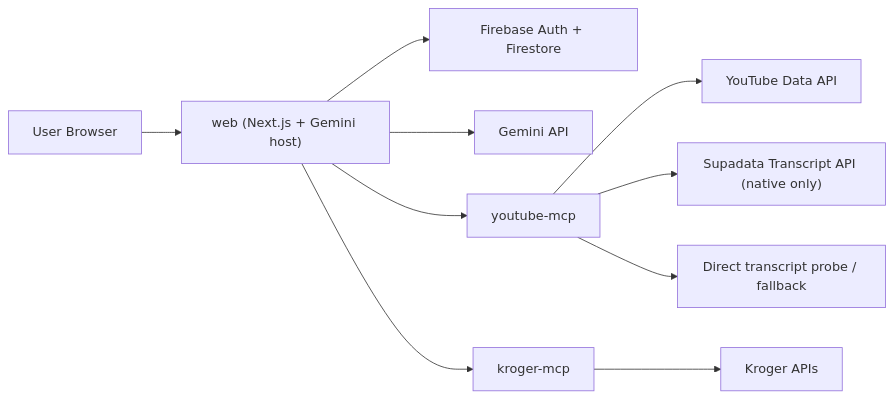
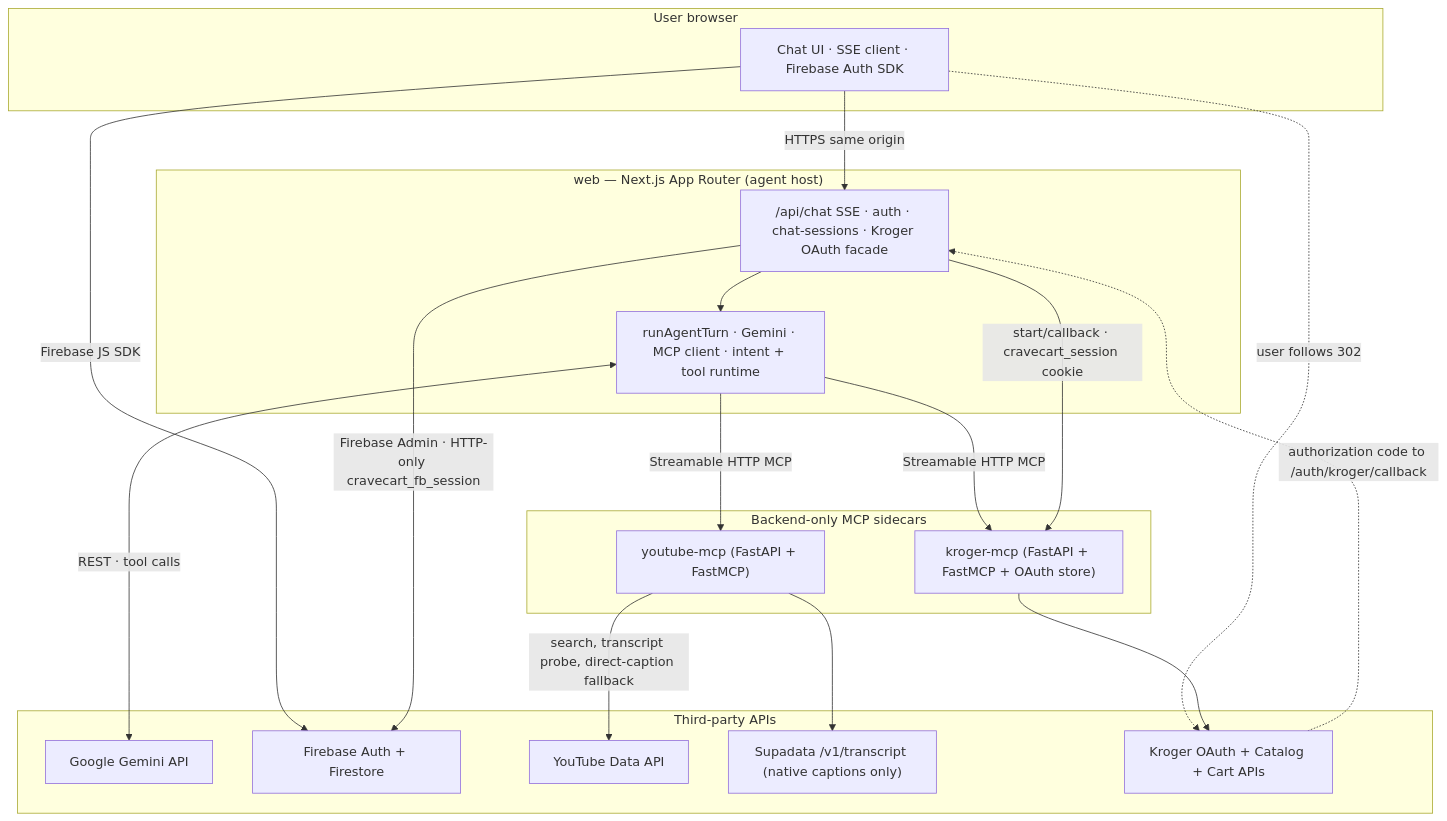
The first of 3 diagrams in ARCHITECTURE.md (MosheT01/CraveCart), drawn with Mermaid before and after one commit. The commit also changed other lines of this file, not shown here.

First line of the commit message:
docs(architecture): enhance system overview and runtime topology sections

````diff
--- a/ARCHITECTURE.md
+++ b/ARCHITECTURE.md
@@ -73,12 +79,38 @@
 ```mermaid
-flowchart LR
-    U["User Browser"] --> W["web (Next.js + Gemini host)"]
-    W --> FB["Firebase Auth + Firestore"]
-    W --> G["Gemini API"]
-    W --> YM["youtube-mcp"]
-    W --> KM["kroger-mcp"]
-    YM --> Y["YouTube Data API"]
-    YM --> S["Supadata Transcript API (native only)"]
-    YM --> T["Direct transcript probe / fallback"]
-    KM --> K["Kroger APIs"]
+flowchart TB
+  subgraph Browser["User browser"]
+    UI["Chat UI · SSE client · Firebase Auth SDK"]
+  end
+
+  subgraph Web["web — Next.js App Router (agent host)"]
+    Routes["/api/chat SSE · auth · chat-sessions · Kroger OAuth facade"]
+    Agent["runAgentTurn · Gemini · MCP client · intent + tool runtime"]
+  end
+
+  subgraph Sidecars["Backend-only MCP sidecars"]
+    YM["youtube-mcp (FastAPI + FastMCP)"]
+    KM["kroger-mcp (FastAPI + FastMCP + OAuth store)"]
+  end
+
+  subgraph External["Third-party APIs"]
+    GEM["Google Gemini API"]
+    FB["Firebase Auth + Firestore"]
+    YT["YouTube Data API"]
+    SUP["Supadata /v1/transcript (native captions only)"]
+    KRO["Kroger OAuth + Catalog + Cart APIs"]
+  end
+
+  UI -->|HTTPS same origin| Routes
+  UI -->|Firebase JS SDK| FB
+  Routes --> Agent
+  Agent <-->|REST · tool calls| GEM
+  Agent -->|Streamable HTTP MCP| YM
+  Agent -->|Streamable HTTP MCP| KM
+  Routes -->|Firebase Admin · HTTP-only cravecart_fb_session| FB
+  Routes -->|start/callback · cravecart_session cookie| KM
+  UI -.->|user follows 302| KRO
+  KRO -.->|authorization code to /auth/kroger/callback| Routes
+  YM -->|search, transcript probe, direct-caption fallback| YT
+  YM --> SUP
+  KM --> KRO
 ```
````
